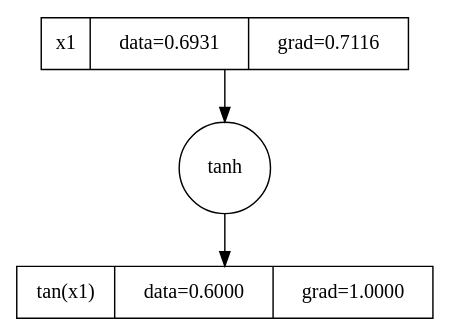
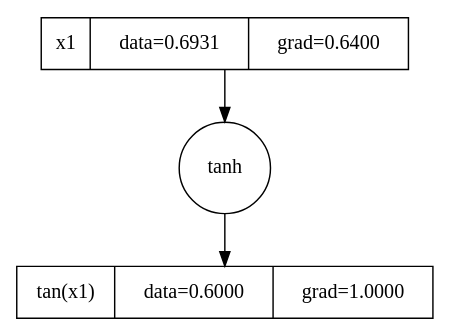
Before and after one commit to khorchanov/micrograd-rs: the diagram in computation_graph.dot, drawn with Graphviz. The commit also changed 4 other files, not shown here.

```diff
--- a/computation_graph.dot
+++ b/computation_graph.dot
@@ -1,7 +1,7 @@
 strict digraph computation_graph {
   n0[label="tan(x1)|data=0.6000|grad=1.0000",shape=record]
   n0_op[label="tanh",shape=circle]
   n0_op -> n0
   n1 -> n0_op
-  n1[label="x1|data=0.6931|grad=0.7116",shape=record]
+  n1[label="x1|data=0.6931|grad=0.6400",shape=record]
 }
```
